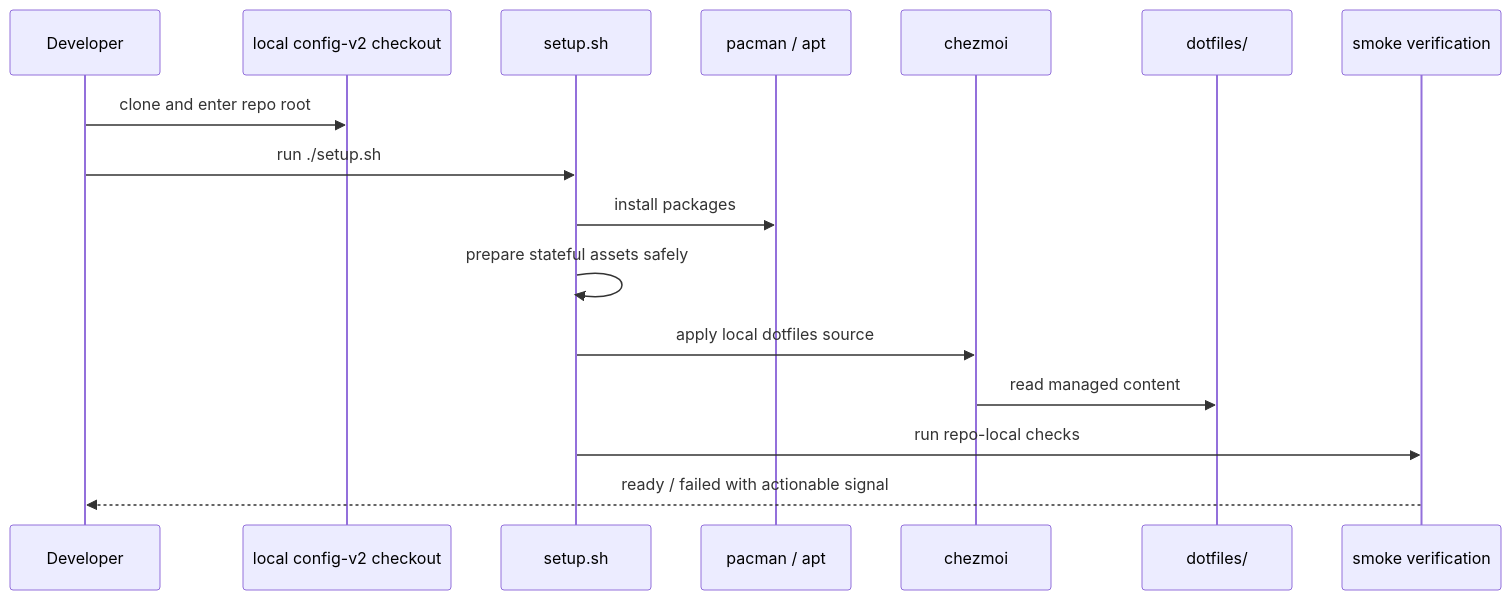
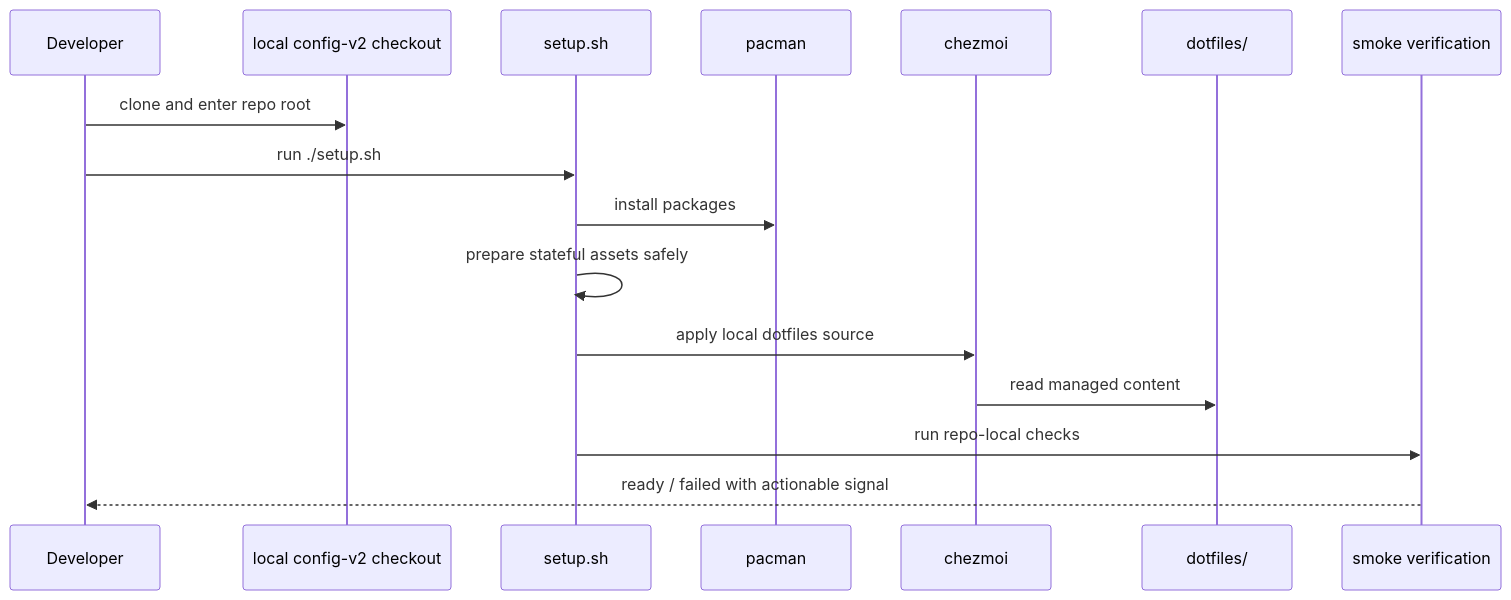
Before and after one commit to HaberkornJonas/config-v2: the third of 3 diagrams in _bmad-output/planning-artifacts/architecture/architecture-config-v2-dotfiles-integration-2026-08-07/ARCHITECTURE-SPINE.md, drawn with Mermaid. The commit also changed other lines of this file and 9 other files, not shown here.

````diff
--- a/_bmad-output/planning-artifacts/architecture/architecture-config-v2-dotfiles-integration-2026-08-07/ARCHITECTURE-SPINE.md
+++ b/_bmad-output/planning-artifacts/architecture/architecture-config-v2-dotfiles-integration-2026-08-07/ARCHITECTURE-SPINE.md
@@ -157,19 +155,19 @@
 ```mermaid
 sequenceDiagram
     participant dev as Developer
     participant repo as local config-v2 checkout
     participant setup as setup.sh
-    participant pkg as pacman / apt
+    participant pkg as pacman
     participant cm as chezmoi
     participant df as dotfiles/
     participant verify as smoke verification
 
     dev->>repo: clone and enter repo root
     dev->>setup: run ./setup.sh
     setup->>pkg: install packages
     setup->>setup: prepare stateful assets safely
     setup->>cm: apply local dotfiles source
     cm->>df: read managed content
     setup->>verify: run repo-local checks
     verify-->>dev: ready / failed with actionable signal
 ```
````
